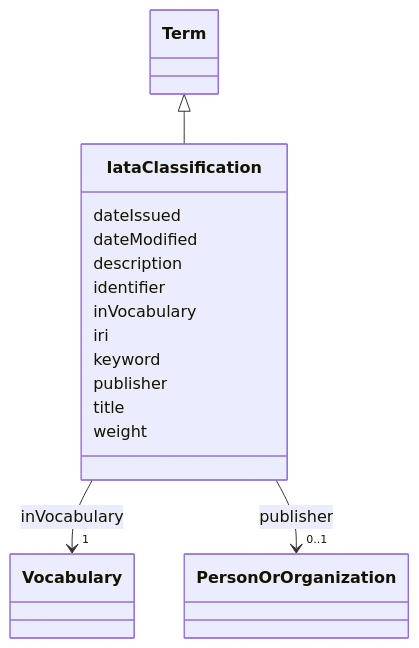
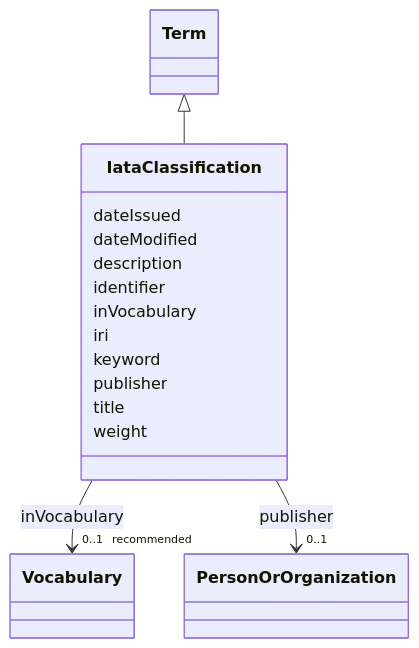
One commit to EVORA-project/evora-ontology changed the diagram in models/docs/IataClassification.md. Above: the diagram before and after it, drawn with Mermaid. The commit also changed other lines of this file and 307 other files, not shown here.

````diff
--- a/models/docs/IataClassification.md
+++ b/models/docs/IataClassification.md
@@ -19,43 +19,43 @@
 ```mermaid
  classDiagram
     class IataClassification
     click IataClassification href "../IataClassification"
       Term <|-- IataClassification
         click Term href "../Term"
       
       IataClassification : dateIssued
         
       IataClassification : dateModified
         
       IataClassification : description
         
       IataClassification : identifier
         
       IataClassification : inVocabulary
         
           
     
     
-    IataClassification --> "1" Vocabulary : inVocabulary
+    IataClassification --> "0..1 _recommended_" Vocabulary : inVocabulary
     click Vocabulary href "../Vocabulary"
 
         
       IataClassification : iri
         
       IataClassification : keyword
         
       IataClassification : publisher
         
           
     
     
     IataClassification --> "0..1" PersonOrOrganization : publisher
     click PersonOrOrganization href "../PersonOrOrganization"
 
         
       IataClassification : title
         
       IataClassification : weight
         
       
 ```
````
